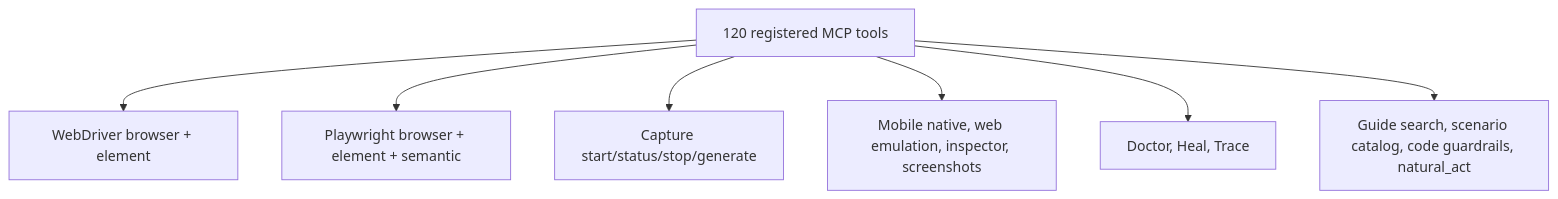
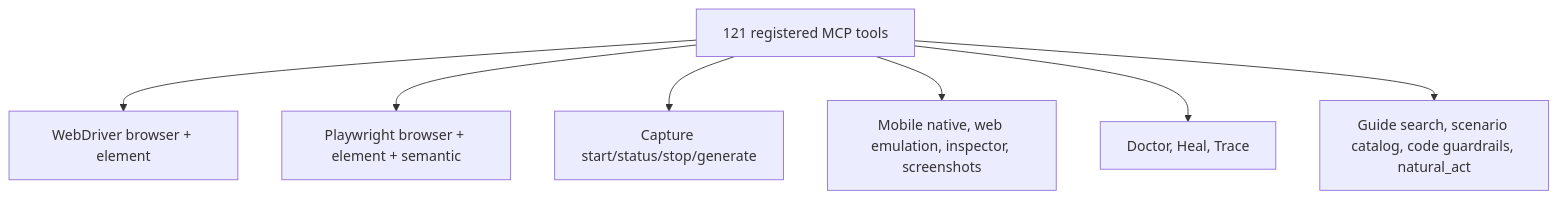
The fourth of 4 diagrams in modular-era-feature-catalog.md (ShaftHQ/SHAFT_ENGINE), drawn with Mermaid before and after one commit. The commit also changed other lines of this file and 10 other files, not shown here.

Commit message:
feat: add MCP browser intent orientation (#3142)

````diff
--- a/modular-era-feature-catalog.md
+++ b/modular-era-feature-catalog.md
@@ -71,9 +91,9 @@
 ```mermaid
 flowchart TB
-    A[120 registered MCP tools] --> B[WebDriver browser + element]
+    A[121 registered MCP tools] --> B[WebDriver browser + element]
     A --> C[Playwright browser + element + semantic]
     A --> D[Capture start/status/stop/generate]
     A --> E[Mobile native, web emulation, inspector, screenshots]
     A --> F[Doctor, Heal, Trace]
     A --> G[Guide search, scenario catalog, code guardrails, natural_act]
 ```
````
